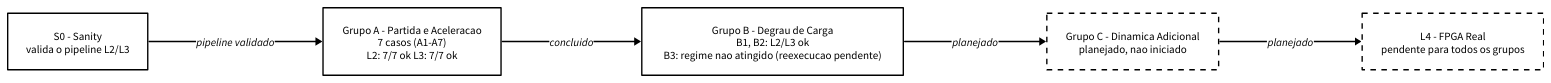
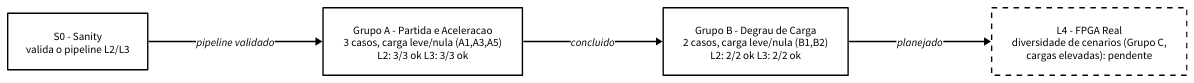
One commit to urielcontardi/Hardware-in-the-Loop changed the diagram in docs/diagrams/06-validation-groups.d2. Above: the diagram before and after it, drawn with D2. The commit also changed 3 other files, not shown here.

Commit message:
📝 docs(diagrams): simplify figure 06, reduced matrix A1/A3/A5, B1/B2

```diff
--- a/docs/diagrams/06-validation-groups.d2
+++ b/docs/diagrams/06-validation-groups.d2
@@ -1,25 +1,26 @@
 # =============================================================================
 # Figura 06 - Sequencia dos grupos de ensaio da campanha (S0 -> Grupo A -> Grupo
-# B -> Grupo C), com o status L2/L3 de cada grupo. Nao detalha parametros
-# internos (ver tabela da matriz de parametros no capitulo de resultados).
+# B -> L4), com o status L2/L3 de cada grupo. Grupo A/B usam matriz reduzida
+# (carga leve/nula) por limitacao do V/f em malha aberta sem boost/compensacao
+# de escorregamento -- diversidade de cenarios (Grupo C, cargas elevadas) fica
+# reservada ao L4. Nao detalha parametros internos (ver tabela da matriz de
+# parametros no capitulo de resultados).
 # =============================================================================
 
 vars: {d2-config: {layout-engine: elk; pad: 40}}
 direction: right
 
 classes: {
   box:     {style: {fill: white; stroke: black; stroke-width: 2; border-radius: 0; font-color: black; bold: false}}
   pending: {style: {fill: white; stroke: black; stroke-width: 2; stroke-dash: 4; border-radius: 0; font-color: black; bold: false}}
   arrow:   {style: {stroke: black; stroke-width: 2; font-color: black; bold: false}}
 }
 
 s0: "S0 - Sanity\nvalida o pipeline L2/L3" {class: box}
-grupo_a: "Grupo A - Partida e Aceleracao\n7 casos (A1-A7)\nL2: 7/7 ok  L3: 7/7 ok" {class: box}
-grupo_b: "Grupo B - Degrau de Carga\nB1, B2: L2/L3 ok\nB3: regime nao atingido (reexecucao pendente)" {class: box}
-grupo_c: "Grupo C - Dinamica Adicional\nplanejado, nao iniciado" {class: pending}
-l4: "L4 - FPGA Real\npendente para todos os grupos" {class: pending}
+grupo_a: "Grupo A - Partida e Aceleracao\n3 casos, carga leve/nula (A1,A3,A5)\nL2: 3/3 ok  L3: 3/3 ok" {class: box}
+grupo_b: "Grupo B - Degrau de Carga\n2 casos, carga leve/nula (B1,B2)\nL2: 2/2 ok  L3: 2/2 ok" {class: box}
+l4: "L4 - FPGA Real\ndiversidade de cenarios (Grupo C,\ncargas elevadas): pendente" {class: pending}
 
 s0 -> grupo_a: "pipeline validado" {class: arrow}
 grupo_a -> grupo_b: "concluido" {class: arrow}
-grupo_b -> grupo_c: "planejado" {class: arrow}
-grupo_c -> l4: "planejado" {class: arrow}
+grupo_b -> l4: "planejado" {class: arrow}
```
